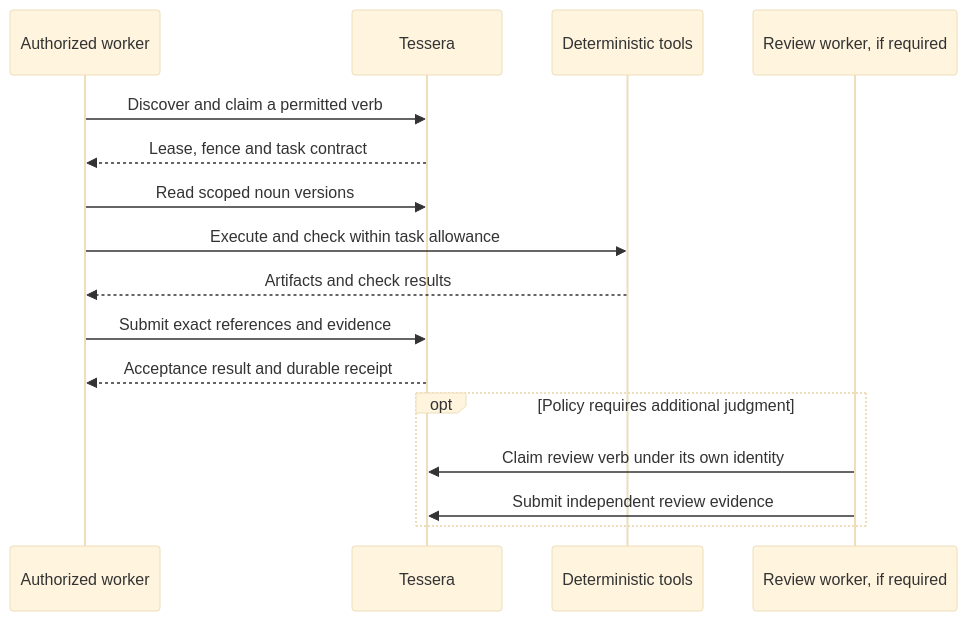
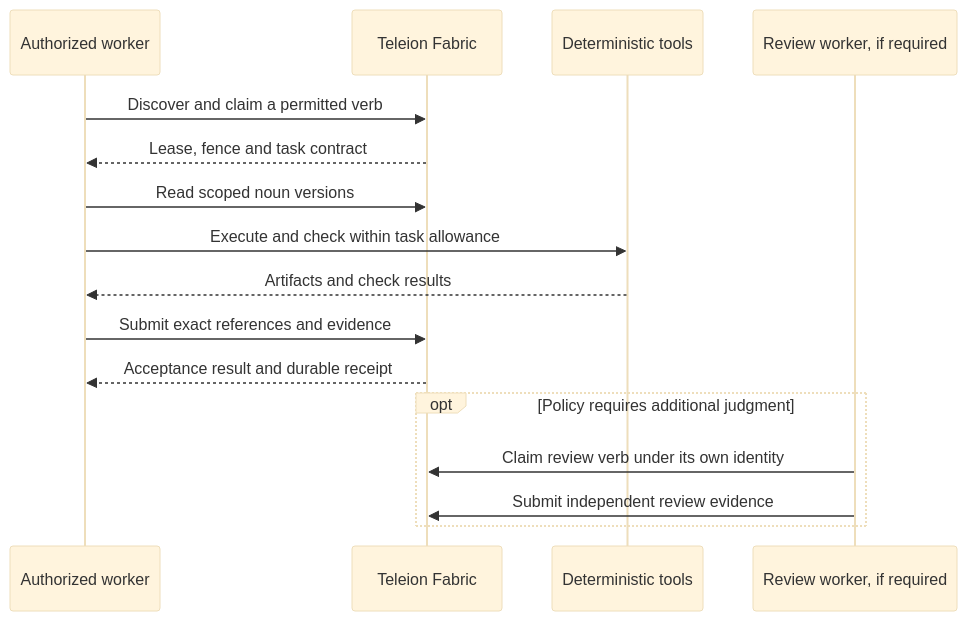
Before and after one commit to ta-amps/agora-public-overview-architecture-setup-and-contribution: the diagram in docs/architecture.md, drawn with Mermaid (base theme). The commit also changed other lines of this file and 16 other files, not shown here.

Commit message:
README and docs say Teleion Fabric in prose; See it, Limits and agent snippet

````diff
--- a/docs/architecture.md
+++ b/docs/architecture.md
@@ -53,18 +53,18 @@
 ```mermaid
 sequenceDiagram
     participant W as Authorized worker
-    participant T as Tessera
+    participant T as Teleion Fabric
     participant D as Deterministic tools
     participant R as Review worker, if required
     W->>T: Discover and claim a permitted verb
     T-->>W: Lease, fence and task contract
     W->>T: Read scoped noun versions
     W->>D: Execute and check within task allowance
     D-->>W: Artifacts and check results
     W->>T: Submit exact references and evidence
     T-->>W: Acceptance result and durable receipt
     opt Policy requires additional judgment
         R->>T: Claim review verb under its own identity
         R->>T: Submit independent review evidence
     end
 ```
````
